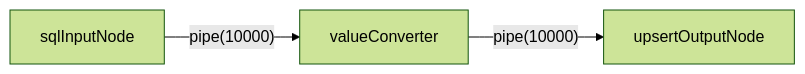
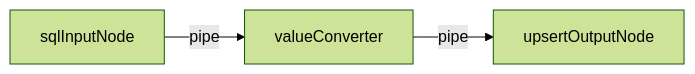
The second of 3 diagrams in README.cn.md (add2ws/etl-engine-project), drawn with Mermaid (forest theme) before and after one commit. The commit also changed other lines of this file and 2 other files, not shown here.

````diff
--- a/README.cn.md
+++ b/README.cn.md
@@ -73,4 +75,4 @@
 ```mermaid
 flowchart LR
-  sqlInputNode --pipe(10000)-->valueConverter --pipe(10000)--> upsertOutputNode
+  sqlInputNode --pipe-->valueConverter --pipe--> upsertOutputNode
 ```
````
